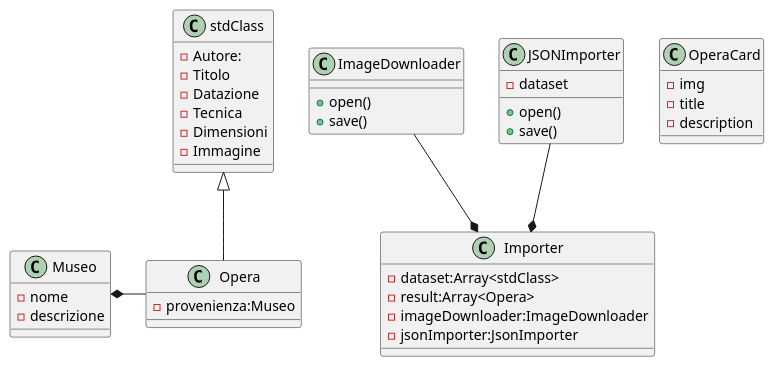
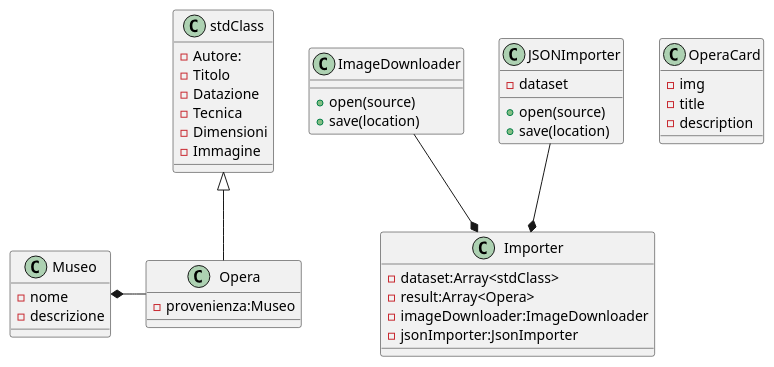
One commit to sarassoroberto/corso_web_programmer_maggio_2019 changed the diagram in 04 - mao-project_oop/_docs/class.diagram.iuml. Above: the diagram before and after it, drawn with PlantUML. The commit also changed 4 other files, not shown here.

Commit message:
FIX - di errori visti con phpstan e variazioni sul class diagram

```diff
--- a/04 - mao-project_oop/_docs/class.diagram.iuml
+++ b/04 - mao-project_oop/_docs/class.diagram.iuml
@@ -1,60 +1,60 @@
 @startuml
 
 class JSONImporter{
 - dataset
-+ open()
-+ save()
++ open(source)
++ save(location)
 }
 
 class stdClass {   
    - Autore: 
    - Titolo
    - Datazione
    - Tecnica
    - Dimensioni
    - Immagine
 }
 
 class Opera {
    - provenienza:Museo
 }
 class Museo {
    - nome
    - descrizione 
 }
 
 class ImageDownloader {
-    + open()
-    + save()
+    + open(source)
+    + save(location)
 }
 
 class Importer {
     - dataset:Array<stdClass>
     - result:Array<Opera>
     - imageDownloader:ImageDownloader
     - jsonImporter:JsonImporter
 }
 
 class OperaCard {
     - img
     - title
     - description
 }
 
 
 Importer *-up- JSONImporter
 
 
 Importer *-up- ImageDownloader 
 
 
 Opera -left-* Museo
 stdClass <|-- Opera
 
 
 ' together {
 '   class Opera
 '   class stdClass
 '   class Museo
 ' }
 @enduml
```
